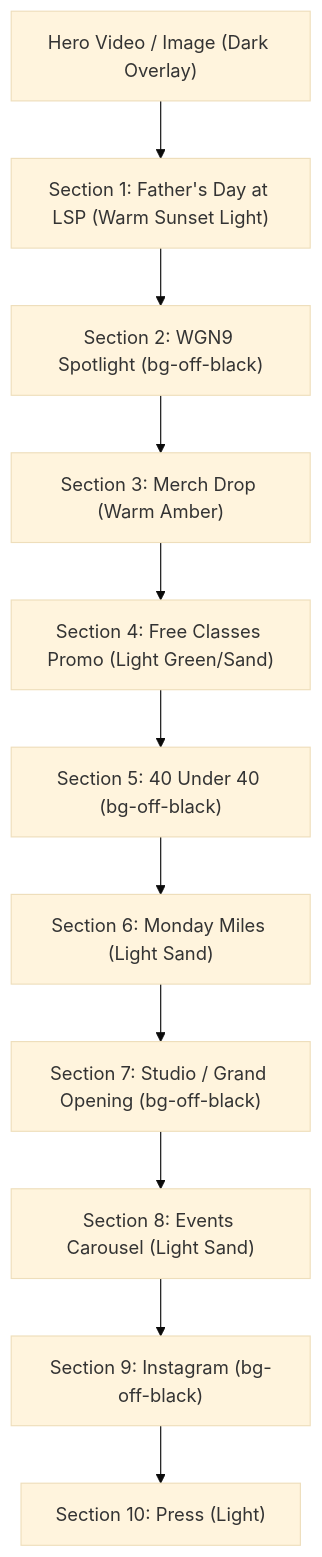
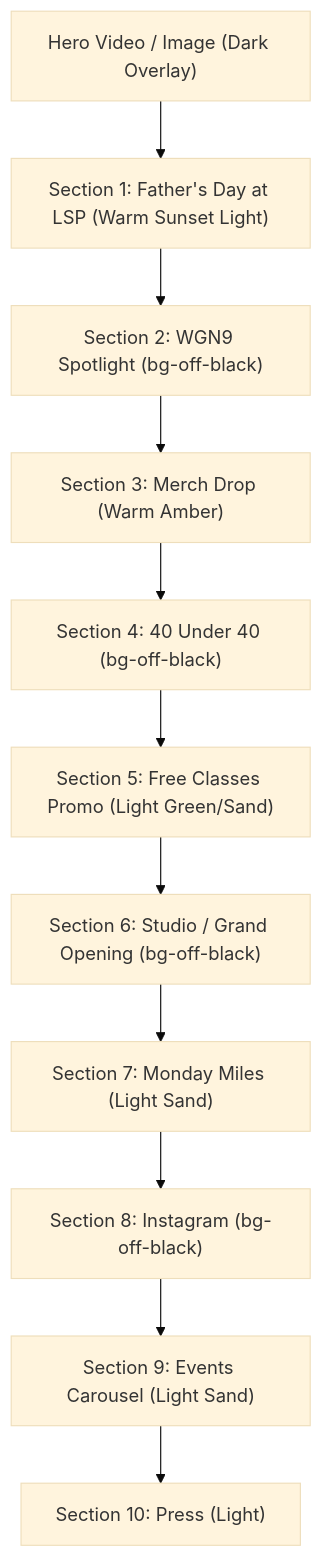
The first of 3 diagrams in design.md (awaisqazi/latinasweatproject), drawn with Mermaid (base theme) before and after one commit. The commit also changed other lines of this file and 1 other file, not shown here.

Commit message:
Restore alternating themes and media zig-zag on home
Reorder lower homepage sections so light/dark sections strictly
alternate after the dark hero, and flip the 40 Under 40 photo to the
right so the six two-column spotlights zig-zag left/right. The single
unavoidable light/light adjacency (6 light vs 4 dark sections after a
dark hero) is parked at the least-visible bottom junction (Events
carousel -> In The Press). Update design.md section map, media rhythm,
and lower-page sequence to match.

````diff
--- a/design.md
+++ b/design.md
@@ -34,13 +34,13 @@
 ```mermaid
 graph TD
     Hero["Hero Video / Image (Dark Overlay)"] --> Sec1["Section 1: Father's Day at LSP (Warm Sunset Light)"]
     Sec1 --> Sec2["Section 2: WGN9 Spotlight (bg-off-black)"]
     Sec2 --> Sec3["Section 3: Merch Drop (Warm Amber)"]
-    Sec3 --> Sec4["Section 4: Free Classes Promo (Light Green/Sand)"]
-    Sec4 --> Sec5["Section 5: 40 Under 40 (bg-off-black)"]
-    Sec5 --> Sec6["Section 6: Monday Miles (Light Sand)"]
-    Sec6 --> Sec7["Section 7: Studio / Grand Opening (bg-off-black)"]
-    Sec7 --> Sec8["Section 8: Events Carousel (Light Sand)"]
-    Sec8 --> Sec9["Section 9: Instagram (bg-off-black)"]
+    Sec3 --> Sec4["Section 4: 40 Under 40 (bg-off-black)"]
+    Sec4 --> Sec5["Section 5: Free Classes Promo (Light Green/Sand)"]
+    Sec5 --> Sec6["Section 6: Studio / Grand Opening (bg-off-black)"]
+    Sec6 --> Sec7["Section 7: Monday Miles (Light Sand)"]
+    Sec7 --> Sec8["Section 8: Instagram (bg-off-black)"]
+    Sec8 --> Sec9["Section 9: Events Carousel (Light Sand)"]
     Sec9 --> Sec10["Section 10: Press (Light)"]
 ```
````
